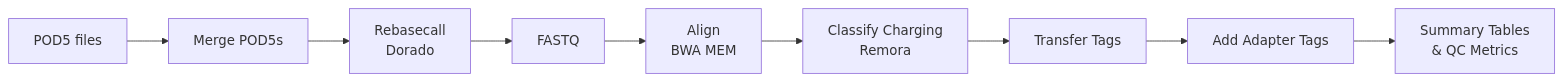
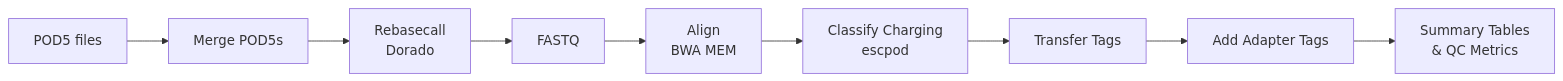
The diagram in workflow/report/qc-report.qmd (rnabioco/aa-tRNA-seq-pipeline), drawn with Mermaid before and after one commit. The commit also changed 51 other files, not shown here.

Commit message:
feat(charging)!: replace remora with escpod signal classify, retire remora (#117)

````diff
--- a/workflow/report/qc-report.qmd
+++ b/workflow/report/qc-report.qmd
@@ -22,11 +22,11 @@
 ```{mermaid}
 flowchart LR
   A[POD5 files] --> B[Merge POD5s]
   B --> C[Rebasecall<br>Dorado]
   C --> D[FASTQ]
   D --> E[Align<br>BWA MEM]
-  E --> F[Classify Charging<br>Remora]
+  E --> F[Classify Charging<br>escpod]
   F --> G[Transfer Tags]
   G --> H[Add Adapter Tags]
   H --> I[Summary Tables<br>& QC Metrics]
 ```
````
